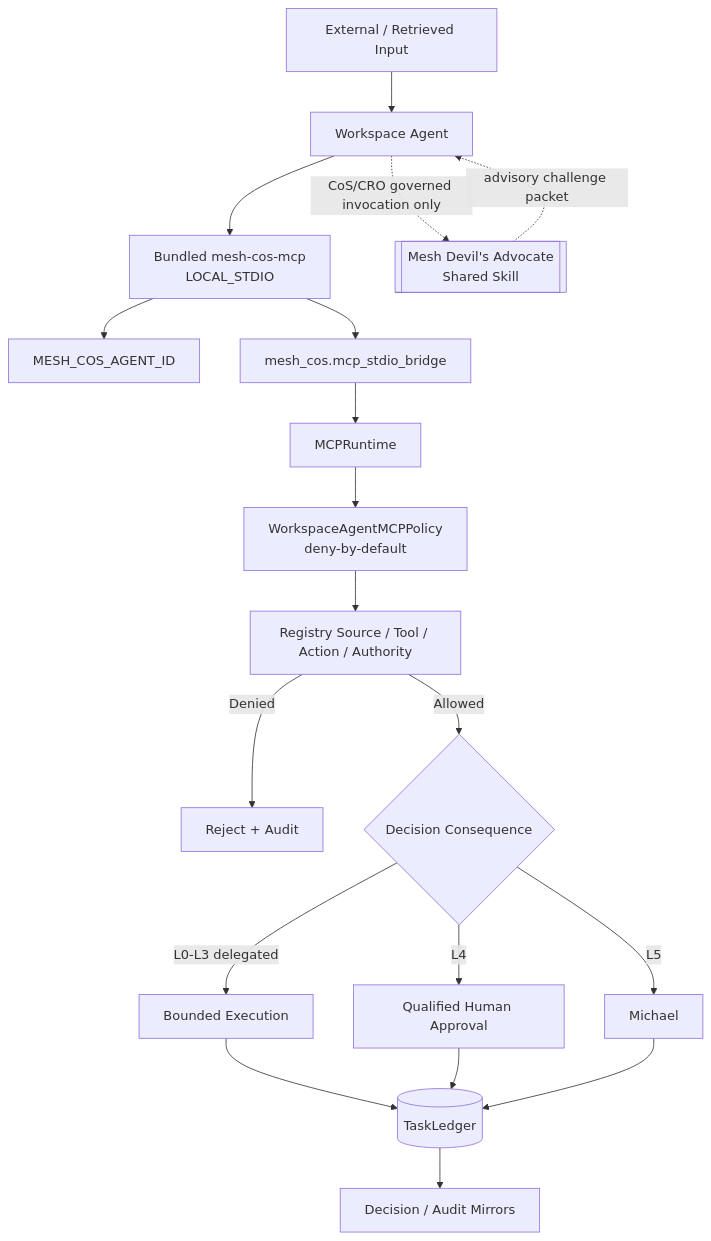
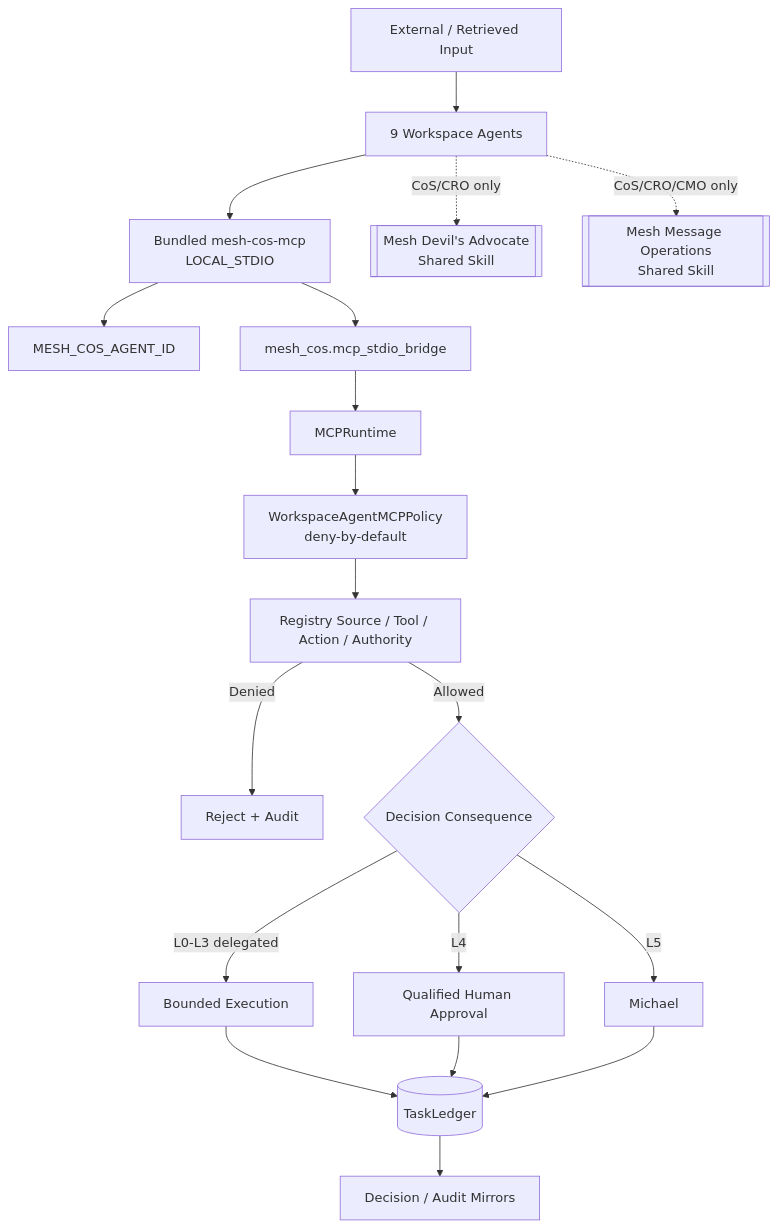
Before and after one commit to mkleinbe/mesh-ai-agent-cos-universe: the diagram in docs/security-governance.md, drawn with Mermaid. The commit also changed other lines of this file, not shown here.

Commit message:
docs: align security governance to v3 shared capabilities

````diff
--- a/docs/security-governance.md
+++ b/docs/security-governance.md
@@ -7,21 +7,21 @@
 ```mermaid
 flowchart TB
-    IN[External / Retrieved Input] --> WA[Workspace Agent]
+    IN[External / Retrieved Input] --> WA[9 Workspace Agents]
     WA --> MCP[Bundled mesh-cos-mcp\nLOCAL_STDIO]
     MCP --> ID[MESH_COS_AGENT_ID]
     MCP --> BRIDGE[mesh_cos.mcp_stdio_bridge]
     BRIDGE --> RT[MCPRuntime]
     RT --> MP[WorkspaceAgentMCPPolicy\ndeny-by-default]
     MP --> AUTH[Registry Source / Tool / Action / Authority]
     AUTH -->|Denied| BLOCK[Reject + Audit]
     AUTH -->|Allowed| LEVEL{Decision Consequence}
     LEVEL -->|L0-L3 delegated| EXEC[Bounded Execution]
     LEVEL -->|L4| HUMAN[Qualified Human Approval]
     LEVEL -->|L5| CEO[Michael]
     EXEC --> LEDGER[(TaskLedger)]
     HUMAN --> LEDGER
     CEO --> LEDGER
-    WA -. CoS/CRO governed invocation only .-> DA[[Mesh Devil's Advocate\nShared Skill]]
-    DA -. advisory challenge packet .-> WA
+    WA -. CoS/CRO only .-> DA[[Mesh Devil's Advocate\nShared Skill]]
+    WA -. CoS/CRO/CMO only .-> MSG[[Mesh Message Operations\nShared Skill]]
     LEDGER --> SHEETS[Decision / Audit Mirrors]
 ```
````
